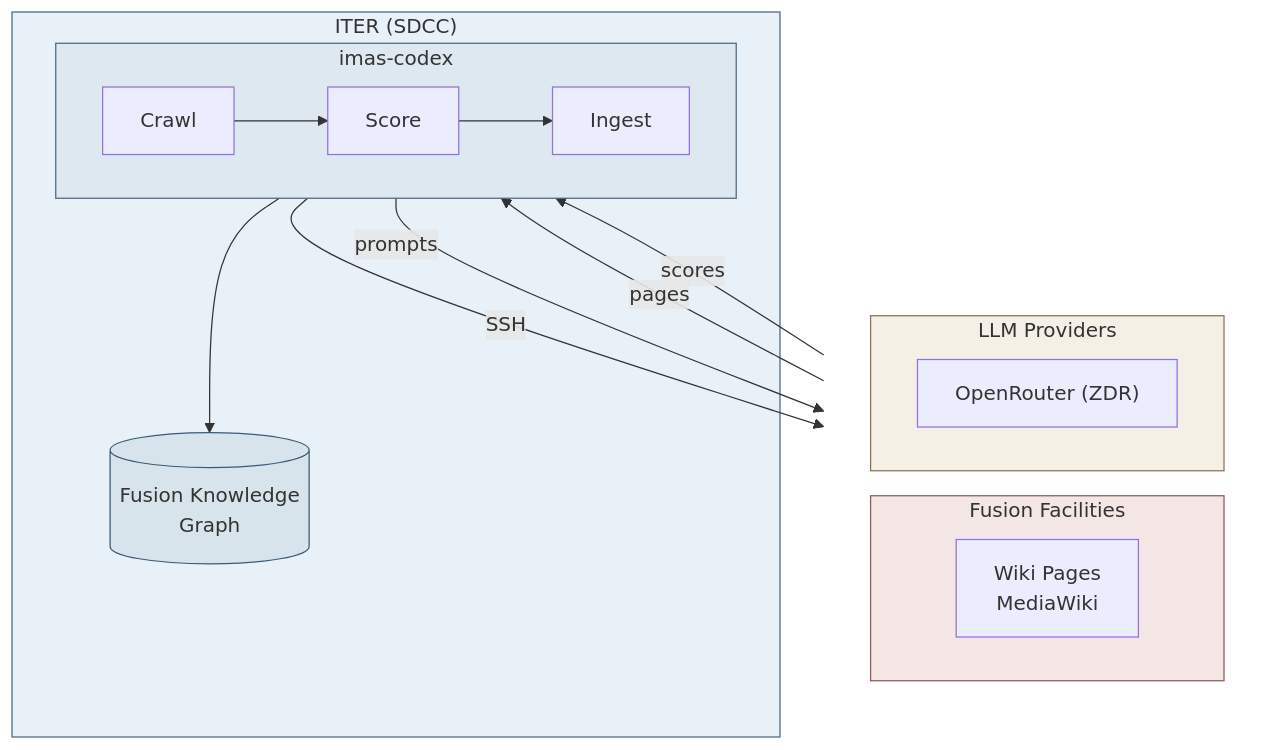
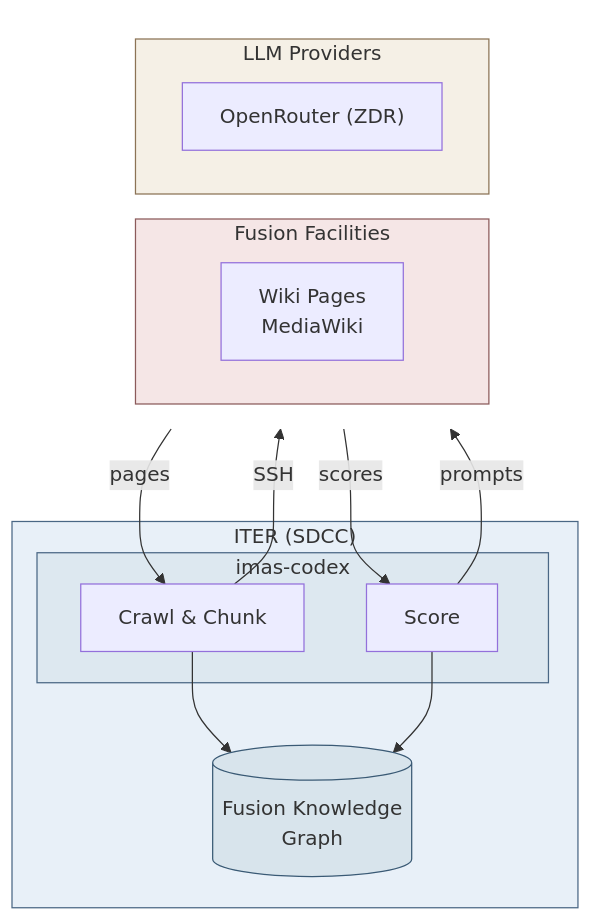
One commit to iterorganization/imas-mcp changed the fifth of 5 diagrams in docs/architecture/facility-access.md. Above: the diagram before and after it, drawn with Mermaid. The commit also changed other lines of this file, not shown here.

First line of the commit message:
docs: simplify pipeline diagrams to 2-node hero structure

````diff
--- a/docs/architecture/facility-access.md
+++ b/docs/architecture/facility-access.md
@@ -239,38 +233,36 @@
 ```mermaid
 flowchart TB
     subgraph TOP[" "]
         direction LR
         subgraph FAC["Fusion Facilities"]
             WIKI["Wiki Pages
 MediaWiki"]
         end
         subgraph LLM["LLM Providers"]
             L["OpenRouter (ZDR)"]
         end
     end
 
     subgraph ITER["ITER (SDCC)"]
         subgraph BUILD["imas-codex"]
-            direction LR
-            CRAWL["Crawl"]
+            CRAWL["Crawl & Chunk"]
             SCORE["Score"]
-            INGEST["Ingest"]
         end
         GRAPH[("Fusion Knowledge
 Graph")]
     end
 
     WIKI -- "pages" --> CRAWL
     CRAWL -- "SSH" --> WIKI
-    INGEST --> GRAPH
+    CRAWL --> GRAPH
+    SCORE --> GRAPH
     L -- "scores" --> SCORE
     SCORE -- "prompts" --> L
-    CRAWL --> SCORE --> INGEST
 
     style TOP fill:none,stroke:none
     style FAC fill:#f5e6e6,stroke:#8b5a5a
     style LLM fill:#f5f0e6,stroke:#8b7355
     style ITER fill:#e8f0f8,stroke:#4a6785
     style BUILD fill:#dde8f0,stroke:#4a6785
     style GRAPH fill:#d8e4ec,stroke:#3a5a75
 ```
````
